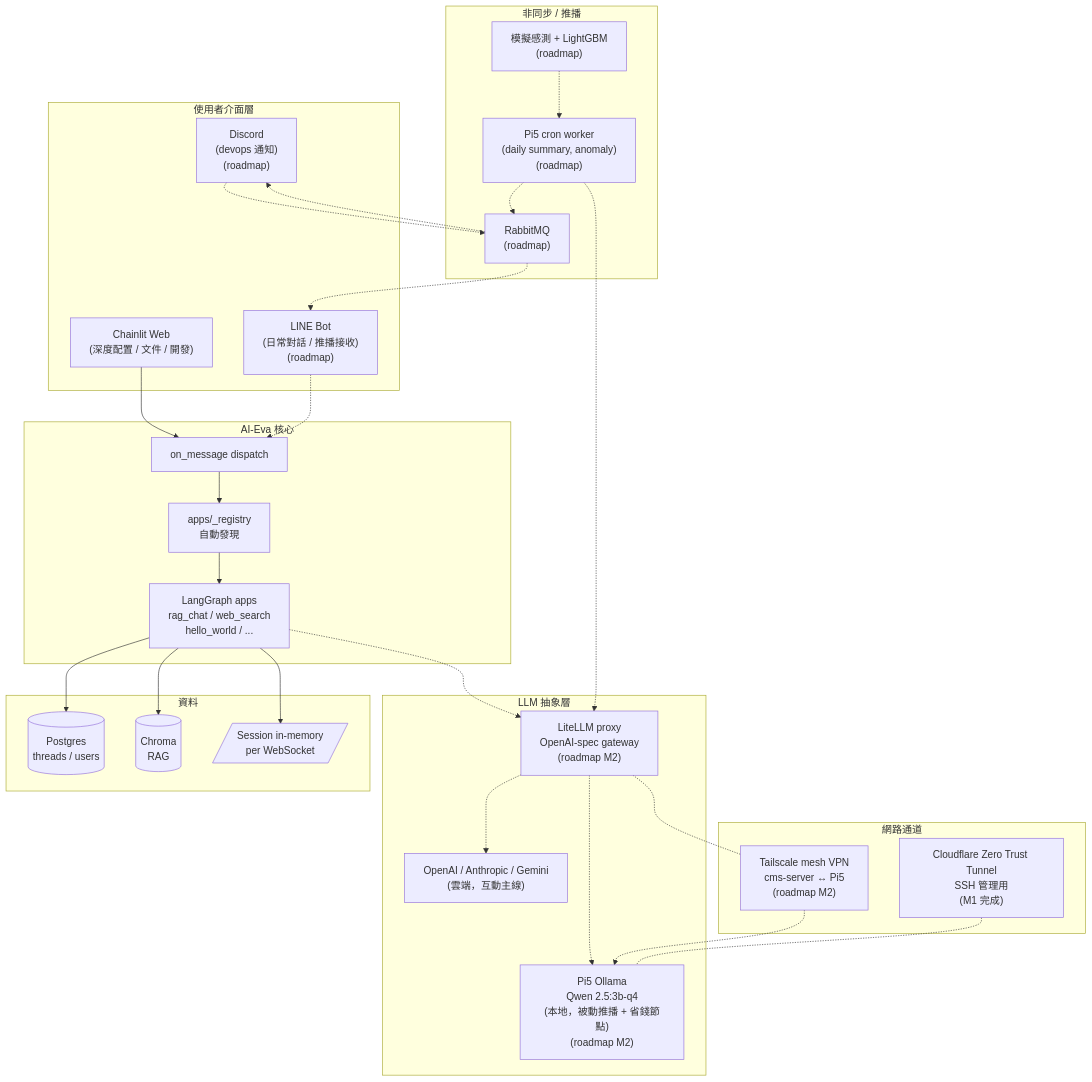
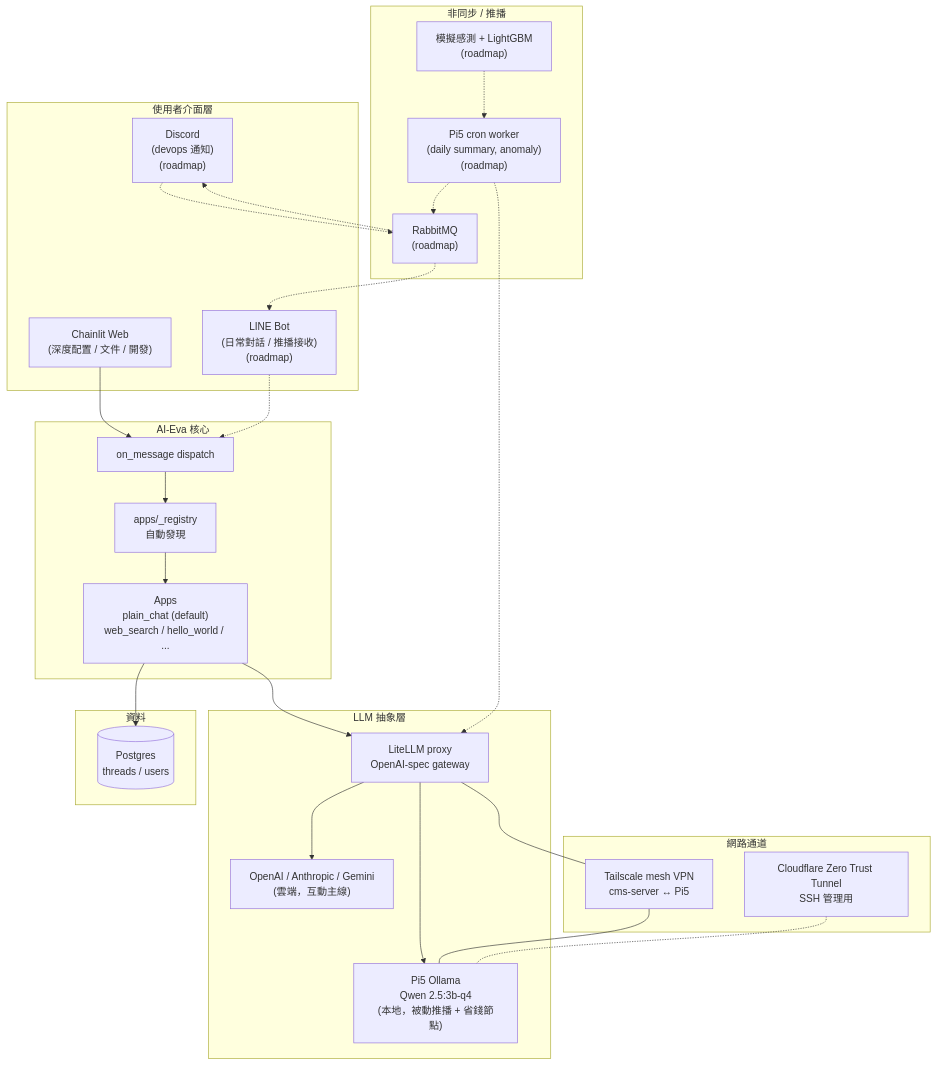
The diagram in README.md (towNingtek/ai-eva), drawn with Mermaid before and after one commit. The commit also changed other lines of this file and 15 other files, not shown here.

First line of the commit message:
refactor: 完整移除 RAG + hello_world 重生為多模型對照

````diff
--- a/README.md
+++ b/README.md
@@ -26,60 +26,56 @@
 ```mermaid
 flowchart TB
     subgraph Surface["使用者介面層"]
         Web["Chainlit Web<br/>(深度配置 / 文件 / 開發)"]
         LINE["LINE Bot<br/>(日常對話 / 推播接收)<br/>(roadmap)"]
         Discord["Discord<br/>(devops 通知)<br/>(roadmap)"]
     end
 
     subgraph Eva["AI-Eva 核心"]
         Dispatch["on_message dispatch"]
         Registry["apps/_registry<br/>自動發現"]
-        Apps["LangGraph apps<br/>rag_chat / web_search<br/>hello_world / ..."]
+        Apps["Apps<br/>plain_chat (default)<br/>web_search / hello_world / ..."]
     end
 
     subgraph LLM["LLM 抽象層"]
-        LiteLLM["LiteLLM proxy<br/>OpenAI-spec gateway<br/>(roadmap M2)"]
+        LiteLLM["LiteLLM proxy<br/>OpenAI-spec gateway"]
         OpenAI["OpenAI / Anthropic / Gemini<br/>(雲端，互動主線)"]
-        PiLLM["Pi5 Ollama<br/>Qwen 2.5:3b-q4<br/>(本地，被動推播 + 省錢節點)<br/>(roadmap M2)"]
+        PiLLM["Pi5 Ollama<br/>Qwen 2.5:3b-q4<br/>(本地，被動推播 + 省錢節點)"]
     end
 
     subgraph Net["網路通道"]
-        Tailscale["Tailscale mesh VPN<br/>cms-server ↔ Pi5<br/>(roadmap M2)"]
-        CFTunnel["Cloudflare Zero Trust Tunnel<br/>SSH 管理用<br/>(M1 完成)"]
+        Tailscale["Tailscale mesh VPN<br/>cms-server ↔ Pi5"]
+        CFTunnel["Cloudflare Zero Trust Tunnel<br/>SSH 管理用"]
     end
 
     subgraph Async["非同步 / 推播"]
         RMQ["RabbitMQ<br/>(roadmap)"]
         Cron["Pi5 cron worker<br/>(daily summary, anomaly)<br/>(roadmap)"]
         Sim["模擬感測 + LightGBM<br/>(roadmap)"]
     end
 
     subgraph Store["資料"]
         PG[(Postgres<br/>threads / users)]
-        Chroma[(Chroma<br/>RAG)]
-        Sess[/Session in-memory<br/>per WebSocket/]
     end
 
     Web --> Dispatch
     LINE -.-> Dispatch
     Discord -.-> RMQ
 
     Dispatch --> Registry --> Apps
-    Apps -.-> LiteLLM
-    LiteLLM -.-> OpenAI
-    LiteLLM -.-> PiLLM
-    LiteLLM -.- Tailscale
-    Tailscale -.-> PiLLM
+    Apps --> LiteLLM
+    LiteLLM --> OpenAI
+    LiteLLM --> PiLLM
+    LiteLLM --- Tailscale
+    Tailscale --- PiLLM
 
     Apps --> PG
-    Apps --> Chroma
-    Apps --> Sess
 
     Sim -.-> Cron
     Cron -.-> LiteLLM
     Cron -.-> RMQ
     RMQ -.-> LINE
     RMQ -.-> Discord
 
     CFTunnel -.- PiLLM
 ```
````
